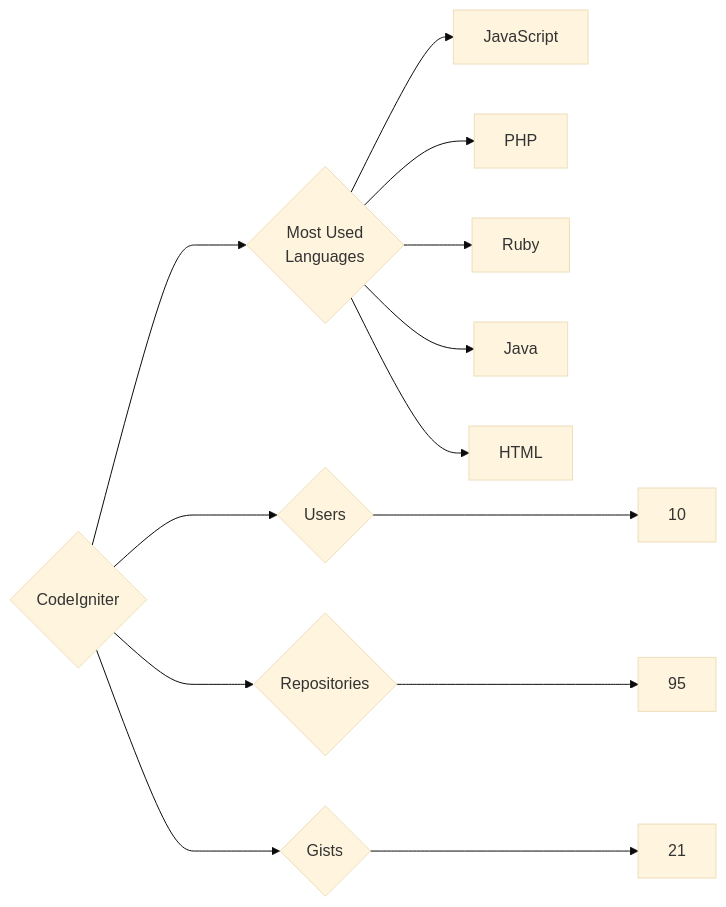
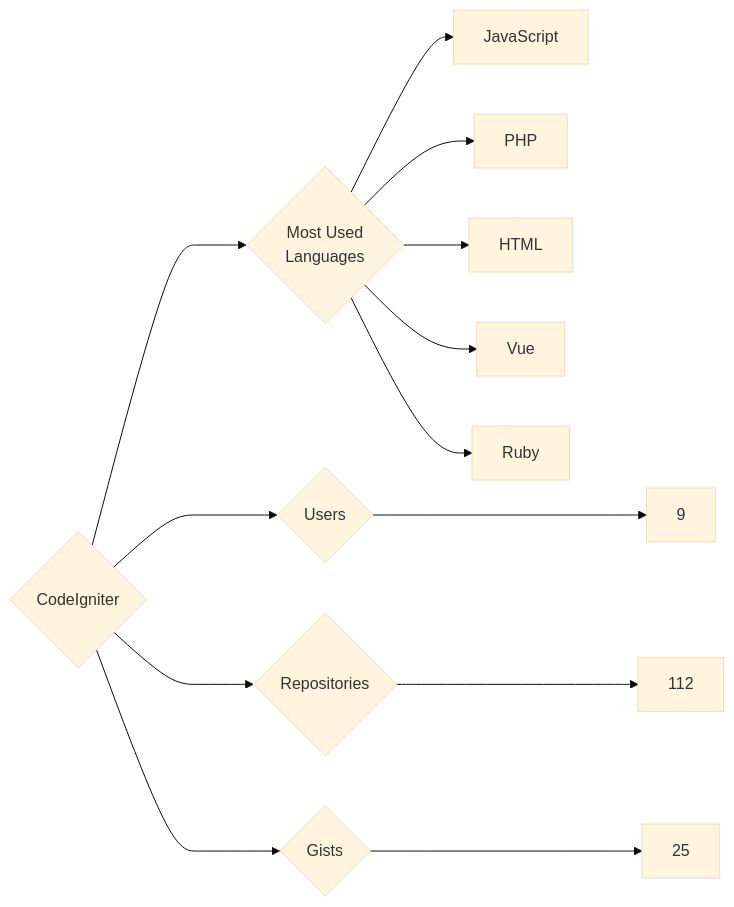
The diagram in targets/CodeIgniter/README.md (trickest/insiders), drawn with Mermaid (base theme) before and after one commit. The commit also changed 1020 other files, not shown here.

````diff
--- a/targets/CodeIgniter/README.md
+++ b/targets/CodeIgniter/README.md
@@ -3,13 +3,13 @@
 ```mermaid
 graph LR
 COMPANY_NAME{CodeIgniter}
-COMPANY_NAME ---> U{Users} ---> UN[10]
-COMPANY_NAME ---> R{Repositories} ---> RN[95]
-COMPANY_NAME ---> G{Gists} ---> GN[21]
+COMPANY_NAME ---> U{Users} ---> UN[9]
+COMPANY_NAME ---> R{Repositories} ---> RN[112]
+COMPANY_NAME ---> G{Gists} ---> GN[25]
 COMPANY_NAME ---> ML{Most Used<br>Languages}
 ML --> JavaScript[JavaScript]
 ML --> PHP[PHP]
+ML --> HTML[HTML]
+ML --> Vue[Vue]
 ML --> Ruby[Ruby]
-ML --> Java[Java]
-ML --> HTML[HTML]
 ```
````
